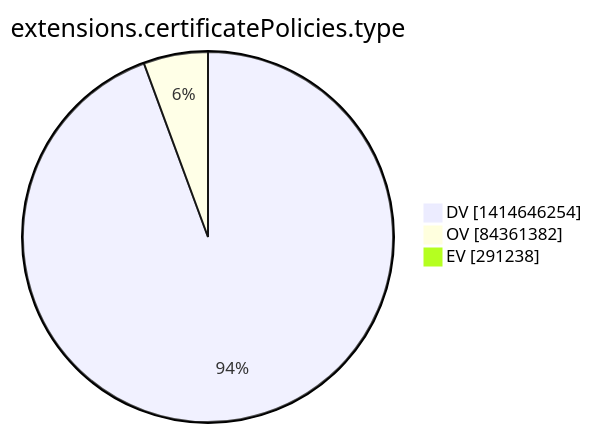
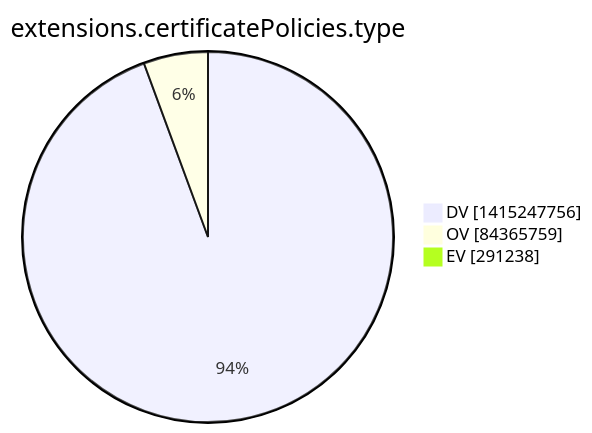
Before and after one commit to christiankrug/ctmonitor_visualization: the tenth of 15 diagrams in argon2022/README.md, drawn with Mermaid. The commit also changed other lines of this file, not shown here.

````diff
--- a/argon2022/README.md
+++ b/argon2022/README.md
@@ -2773,7 +2773,7 @@
 ```mermaid
 pie showData
 title extensions.certificatePolicies.type
-"DV" :1414646254
-"OV" :84361382
+"DV" :1415247756
+"OV" :84365759
 "EV" :291238
 ```
````
